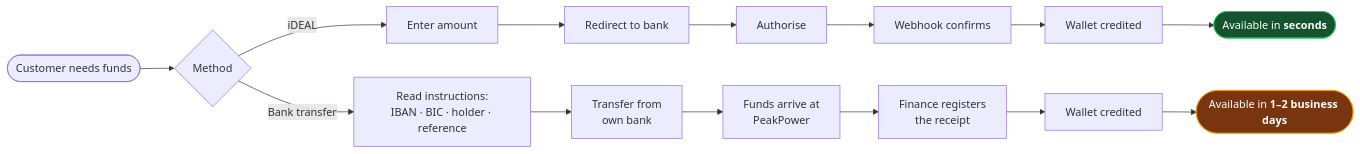
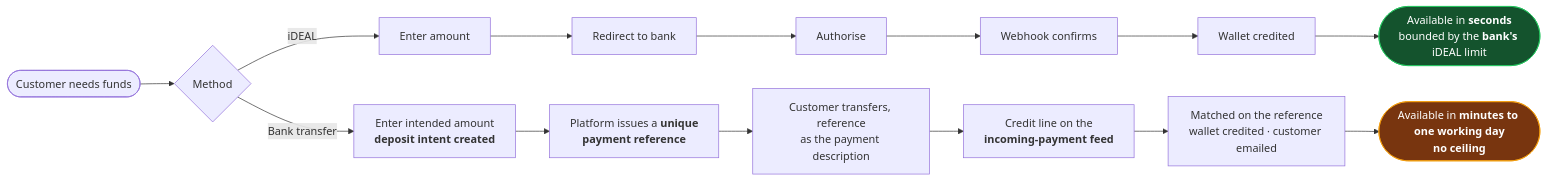
One commit to lukastosic-ifd/peakpowerspecs changed the first of 5 diagrams in specs/40-processes/03-wallet-topup-flow.md. Above: the diagram before and after it, drawn with Mermaid. The commit also changed other lines of this file and 66 other files, not shown here.

````diff
--- a/specs/40-processes/03-wallet-topup-flow.md
+++ b/specs/40-processes/03-wallet-topup-flow.md
@@ -22,23 +79,23 @@
 ```mermaid
 flowchart LR
     START(["Customer needs funds"]) --> CHOICE{"Method"}
 
     CHOICE -->|iDEAL| I1["Enter amount"]
     I1 --> I2["Redirect to bank"]
     I2 --> I3["Authorise"]
     I3 --> I4["Webhook confirms"]
     I4 --> I5["Wallet credited"]
-    I5 --> IDONE(["Available in <b>seconds</b>"])
+    I5 --> IDONE(["Available in <b>seconds</b><br/>bounded by the <b>bank's</b> iDEAL limit"])
 
-    CHOICE -->|Bank transfer| B1["Read instructions:<br/>IBAN · BIC · holder · reference"]
-    B1 --> B2["Transfer from<br/>own bank"]
-    B2 --> B3["Funds arrive at<br/>PeakPower"]
-    B3 --> B4["Finance registers<br/>the receipt"]
-    B4 --> B5["Wallet credited"]
-    B5 --> BDONE(["Available in <b>1–2 business days</b>"])
+    CHOICE -->|Bank transfer| B1["Enter intended amount<br/><b>deposit intent created</b>"]
+    B1 --> B2["Platform issues a <b>unique<br/>payment reference</b>"]
+    B2 --> B3["Customer transfers, reference<br/>as the payment description"]
+    B3 --> B4["Credit line on the<br/><b>incoming-payment feed</b>"]
+    B4 --> B5["Matched on the reference<br/>wallet credited · customer emailed"]
+    B5 --> BDONE(["Available in <b>minutes to one working day</b><br/><b>no ceiling</b>"])
 
     classDef fast fill:#14532d,stroke:#22c55e,color:#fff
     classDef slow fill:#78350f,stroke:#f59e0b,color:#fff
     class IDONE fast
     class BDONE slow
 ```
````
